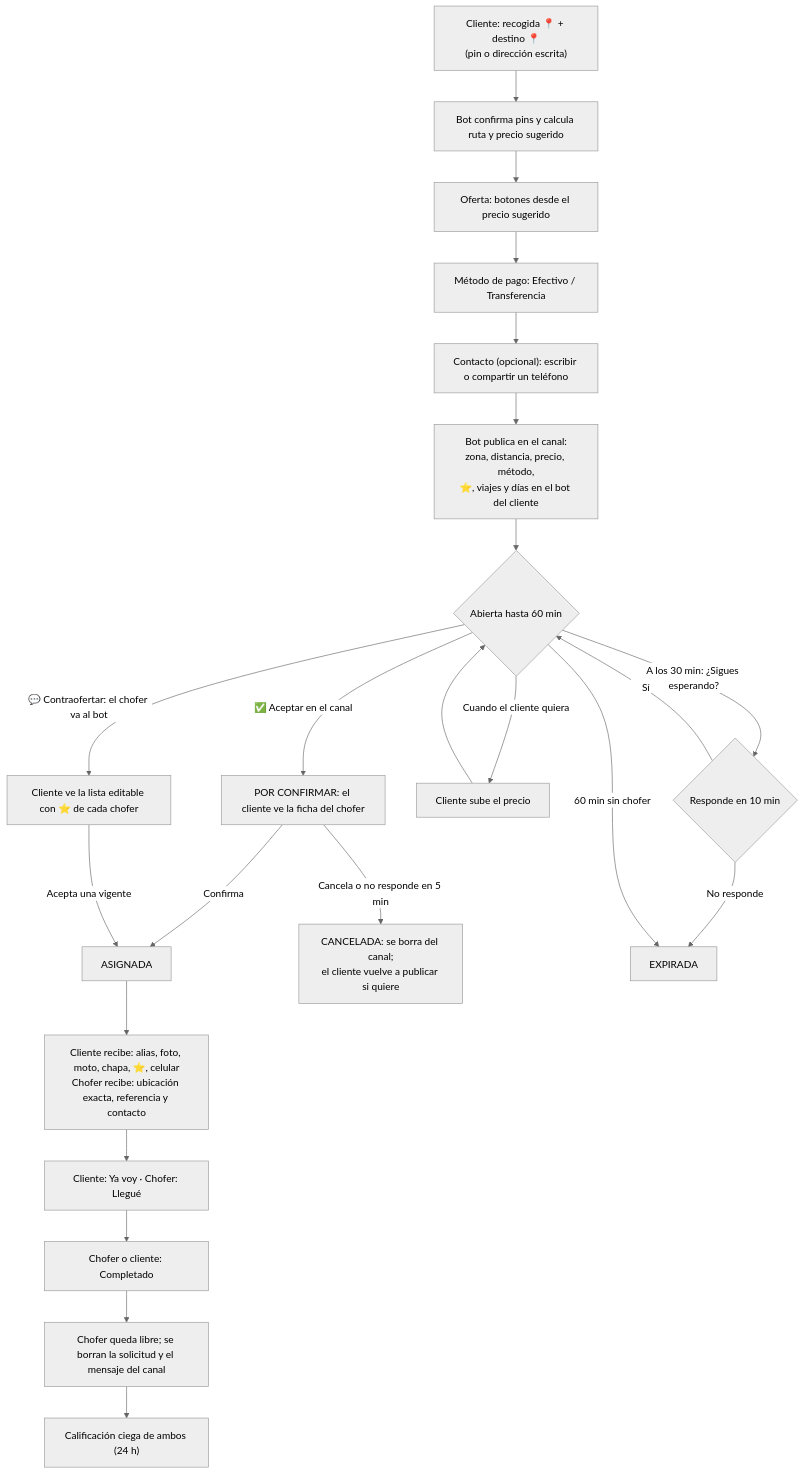
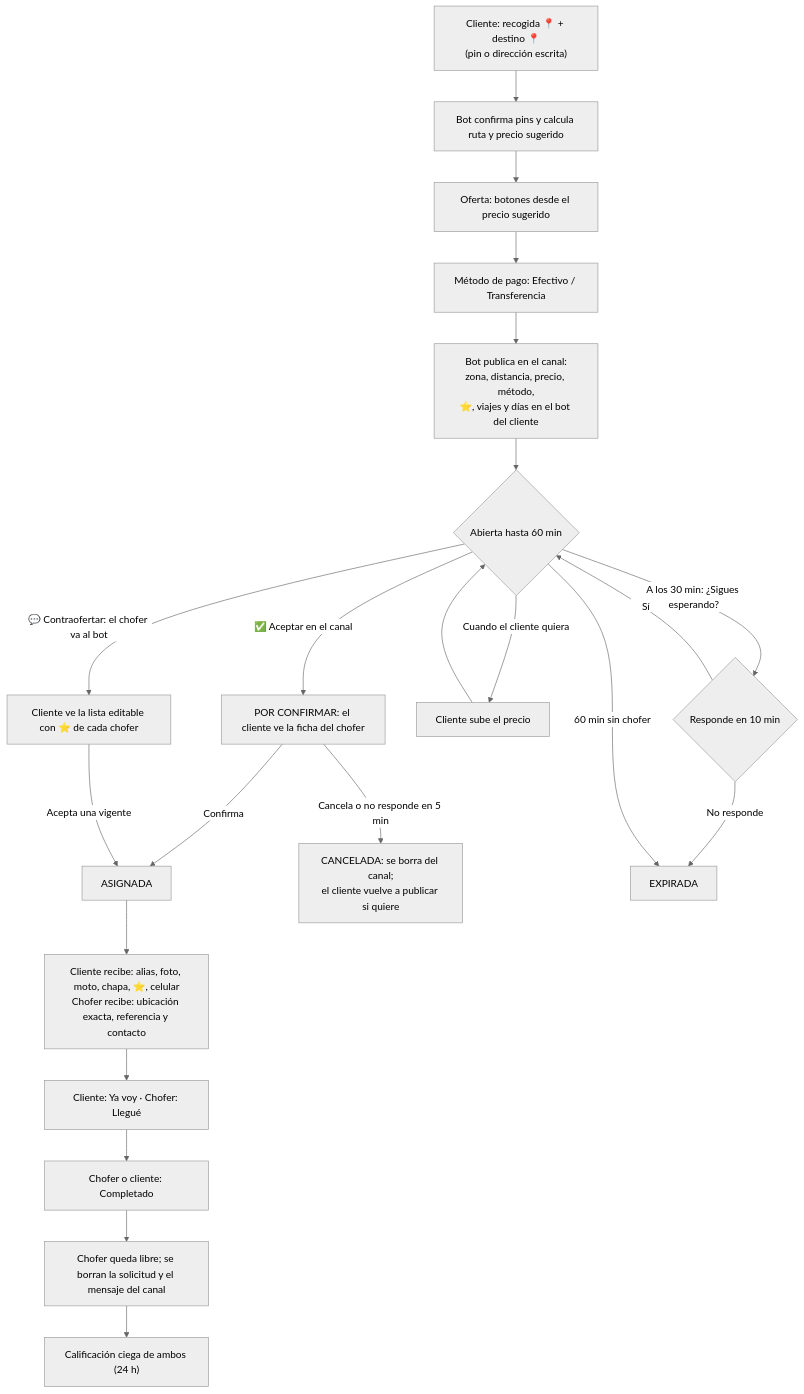
Before and after one commit to Forte11Cuba/aserevoy: the first of 3 diagrams in docs/diseno.md, drawn with Mermaid (neutral theme). The commit also changed other lines of this file and 34 other files, not shown here.

````diff
--- a/docs/diseno.md
+++ b/docs/diseno.md
@@ -167,25 +165,24 @@
 ```mermaid
 flowchart TD
   A["Cliente: recogida 📍 + destino 📍<br/>(pin o dirección escrita)"] --> A2["Bot confirma pins y calcula ruta y precio sugerido"]
   A2 --> B["Oferta: botones desde el precio sugerido"]
   B --> C["Método de pago: Efectivo / Transferencia"]
-  C --> C2["Contacto (opcional): escribir o compartir un teléfono"]
-  C2 --> D["Bot publica en el canal:<br/>zona, distancia, precio, método,<br/>⭐, viajes y días en el bot del cliente"]
+  C --> D["Bot publica en el canal:<br/>zona, distancia, precio, método,<br/>⭐, viajes y días en el bot del cliente"]
   D --> E{"Abierta hasta 60 min"}
   E -->|"✅ Aceptar en el canal"| P["POR CONFIRMAR: el cliente ve la ficha del chofer"]
   P -->|"Confirma"| H["ASIGNADA"]
   P -->|"Cancela o no responde en 5 min"| Y["CANCELADA: se borra del canal;<br/>el cliente vuelve a publicar si quiere"]
   E -->|"💬 Contraofertar: el chofer va al bot"| F["Cliente ve la lista editable con ⭐ de cada chofer"]
   F -->|"Acepta una vigente"| H
   E -->|"Cuando el cliente quiera"| G["Cliente sube el precio"]
   G --> E
   E -->|"A los 30 min: ¿Sigues esperando?"| Q{"Responde en 10 min"}
   Q -->|"Sí"| E
   Q -->|"No responde"| X["EXPIRADA"]
   E -->|"60 min sin chofer"| X
   H --> I["Cliente recibe: alias, foto, moto, chapa, ⭐, celular<br/>Chofer recibe: ubicación exacta, referencia y contacto"]
   I --> I2["Cliente: Ya voy · Chofer: Llegué"]
   I2 --> J["Chofer o cliente: Completado"]
   J --> K["Chofer queda libre; se borran la solicitud y el mensaje del canal"]
   K --> L["Calificación ciega de ambos (24 h)"]
 ```
````
